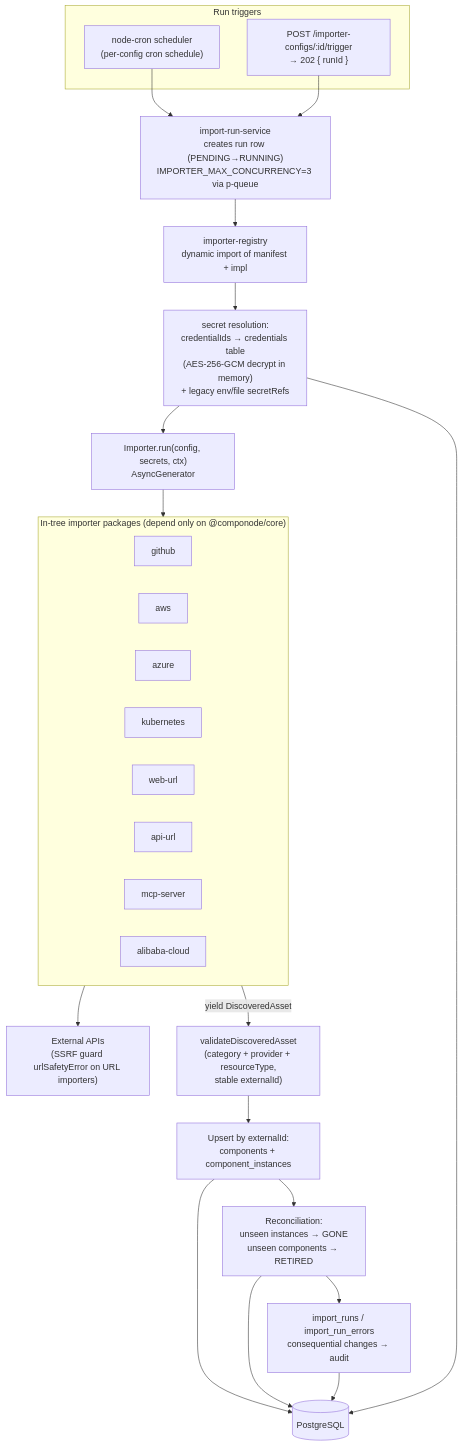
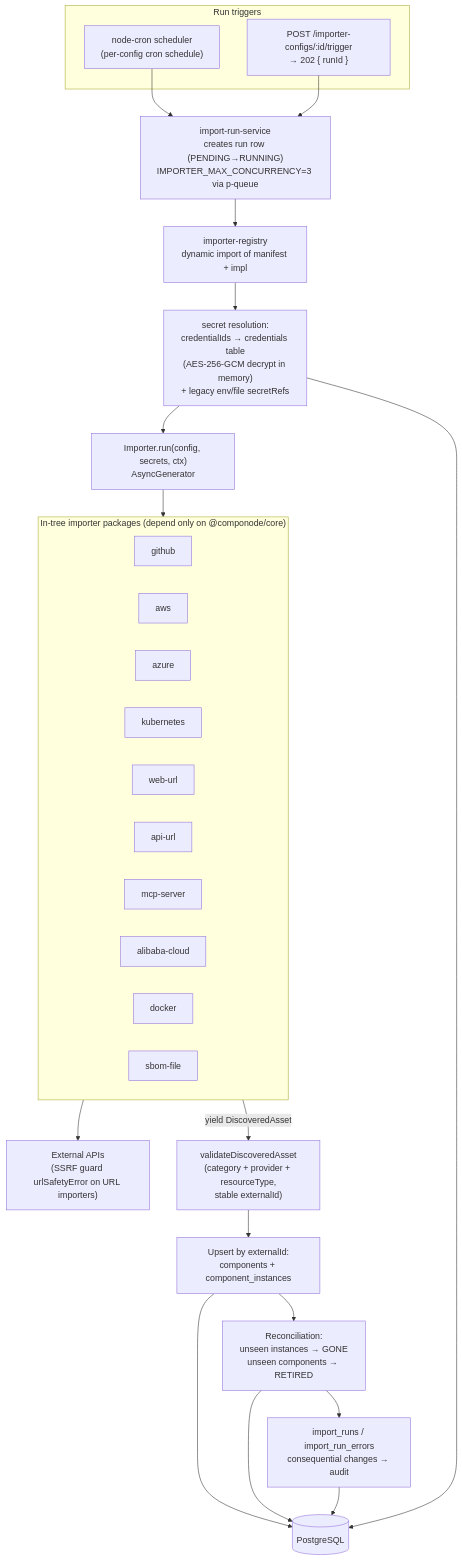
The fourth of 8 diagrams in docs/architecture.md (Componode/componode), drawn with Mermaid before and after one commit. The commit also changed other lines of this file and 17 other files, not shown here.

First line of the commit message:
docs(bom): ADRs, OpenAPI, importer guides, roadmap for Phase 1 (T055-T059)

````diff
--- a/docs/architecture.md
+++ b/docs/architecture.md
@@ -187,36 +188,38 @@
 ```mermaid
 flowchart TD
     subgraph Trigger["Run triggers"]
         Cron["node-cron scheduler<br/>(per-config cron schedule)"]
         Manual["POST /importer-configs/:id/trigger<br/>→ 202 { runId }"]
     end
 
     Cron --> RS["import-run-service<br/>creates run row (PENDING→RUNNING)<br/>IMPORTER_MAX_CONCURRENCY=3 via p-queue"]
     Manual --> RS
 
     RS --> REG["importer-registry<br/>dynamic import of manifest + impl"]
     REG --> SEC["secret resolution:<br/>credentialIds → credentials table<br/>(AES-256-GCM decrypt in memory)<br/>+ legacy env/file secretRefs"]
     SEC --> IMP["Importer.run(config, secrets, ctx)<br/>AsyncGenerator<DiscoveredAsset>"]
 
     subgraph Importers["In-tree importer packages (depend only on @componode/core)"]
         I1["github"]
         I2["aws"]
         I3["azure"]
         I4["kubernetes"]
         I5["web-url"]
         I6["api-url"]
         I7["mcp-server"]
         I8["alibaba-cloud"]
+        I9["docker"]
+        I10["sbom-file"]
     end
     IMP --> Importers --> EXT["External APIs<br/>(SSRF guard urlSafetyError on URL importers)"]
 
     Importers -->|"yield DiscoveredAsset"| VAL["validateDiscoveredAsset<br/>(category + provider + resourceType,<br/>stable externalId)"]
     VAL --> UPS["Upsert by externalId:<br/>components + component_instances"]
     UPS --> REC["Reconciliation:<br/>unseen instances → GONE<br/>unseen components → RETIRED"]
     REC --> HIST["import_runs / import_run_errors<br/>consequential changes → audit"]
 
     UPS --> PG[("PostgreSQL")]
     REC --> PG
     HIST --> PG
     SEC --> PG
 ```
````
